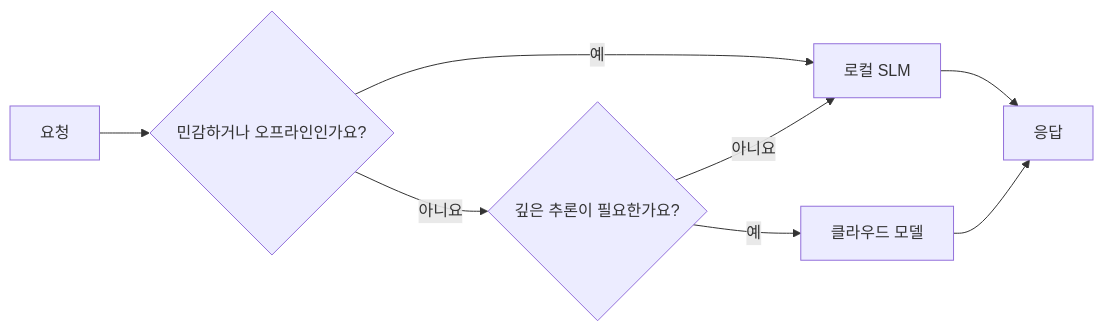
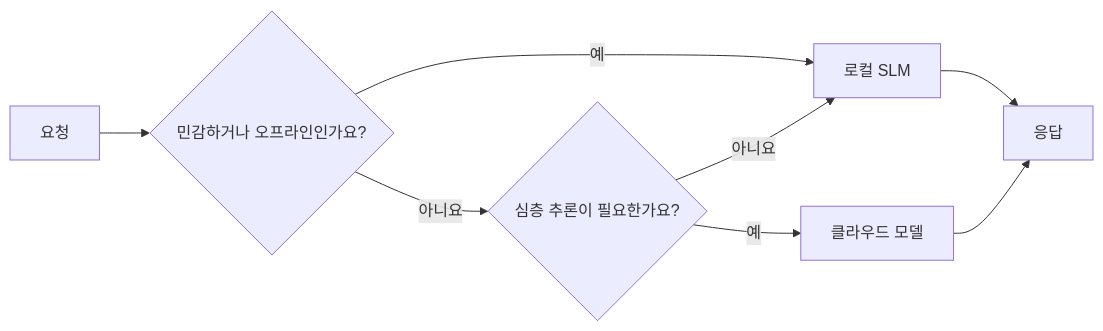
The fourth of 4 diagrams in mirrors/repos/microsoft@ai-agents-for-beginners/translations/ko/17-creating-local-ai-agents/README.md (gabrielmoreira/agent-skills-mirror), drawn with Mermaid before and after one commit. The commit also changed other lines of this file and 4262 other files, not shown here.

````diff
--- a/mirrors/repos/microsoft@ai-agents-for-beginners/translations/ko/17-creating-local-ai-agents/README.md
+++ b/mirrors/repos/microsoft@ai-agents-for-beginners/translations/ko/17-creating-local-ai-agents/README.md
@@ -156,10 +156,10 @@
 ```mermaid
 flowchart LR
     Q[요청] --> S{민감하거나 오프라인인가요?}
     S -->|예| L[로컬 SLM]
-    S -->|아니요| C{깊은 추론이 필요한가요?}
+    S -->|아니요| C{심층 추론이 필요한가요?}
     C -->|아니요| L
     C -->|예| Cloud[클라우드 모델]
     L --> Out[응답]
     Cloud --> Out
 ```
````
